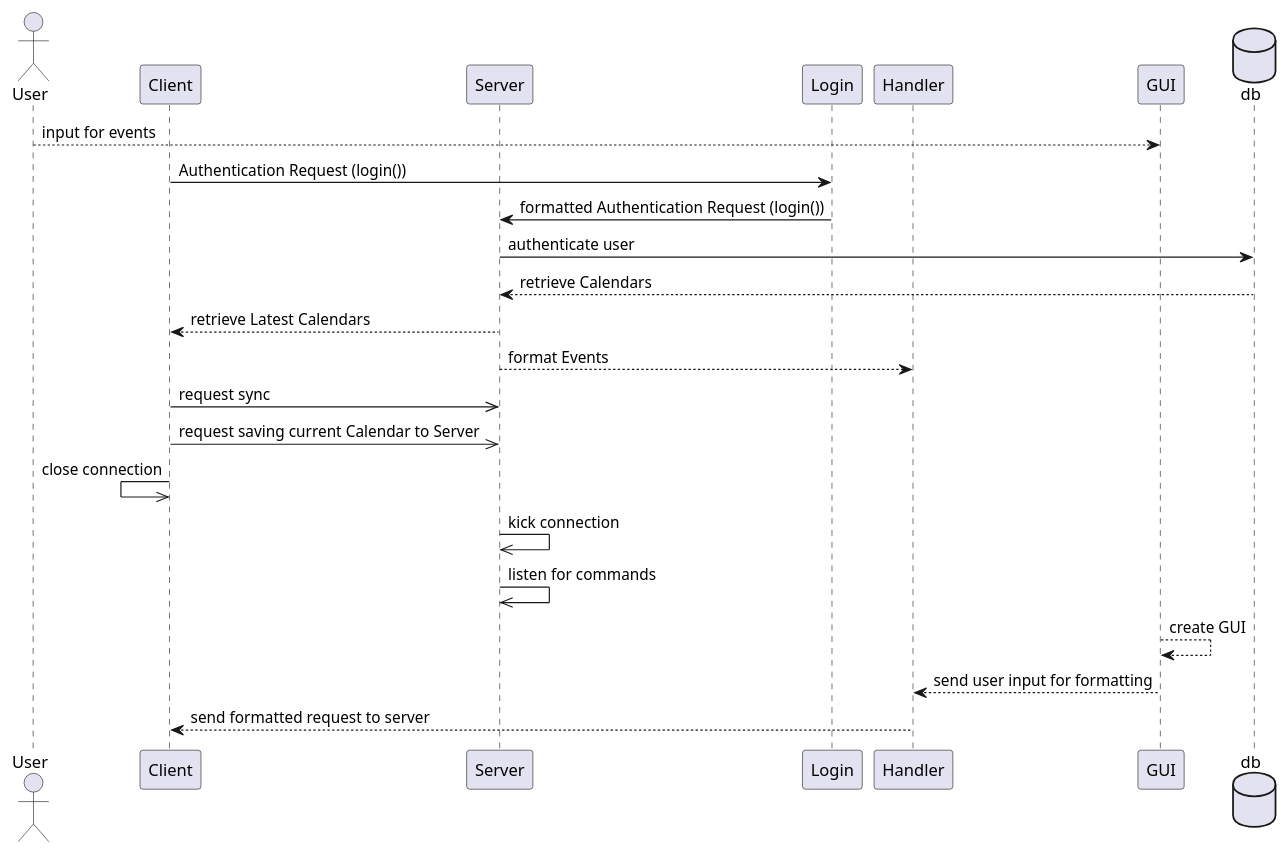
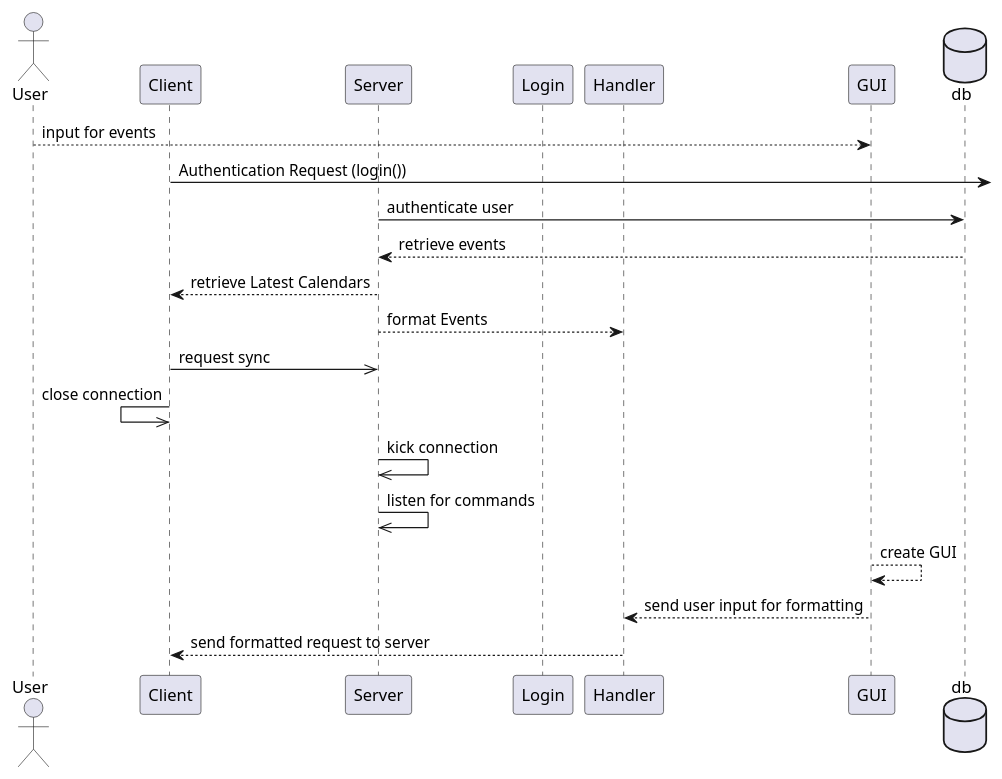
The diagram in diagrams/seq.pu (osakaruhub/Tasker), drawn with PlantUML before and after one commit. The commit also changed 30 other files, not shown here.

```diff
--- a/diagrams/seq.pu
+++ b/diagrams/seq.pu
@@ -1,30 +1,30 @@
 @startuml
 
 skinparam Shadowing false
 
 actor User as U
+participant Client as C
+participant Client as C
 participant Client as C
 participant Server as S
 participant Login as auth
 participant Handler as H
 participant GUI as G
 database db
 
 U --> G: input for events
-C -> auth: Authentication Request (login())
-auth -> S: formatted Authentication Request (login())
+C -> : Authentication Request (login())
 S -> db: authenticate user
-db --> S: retrieve Calendars
+db --> S: retrieve events
 C <-- S: retrieve Latest Calendars
 H <-- S: format Events
 C ->> S: request sync
-C ->> S: request saving current Calendar to Server
 C <<- C: close connection
 S ->> S: kick connection
 S ->> S: listen for commands
 G --> G: create GUI
 G --> H: send user input for formatting
 H --> C: send formatted request to server 
 
 '!include ../../plantuml-styles/ae-copyright-footer.txt
 @enduml
```
